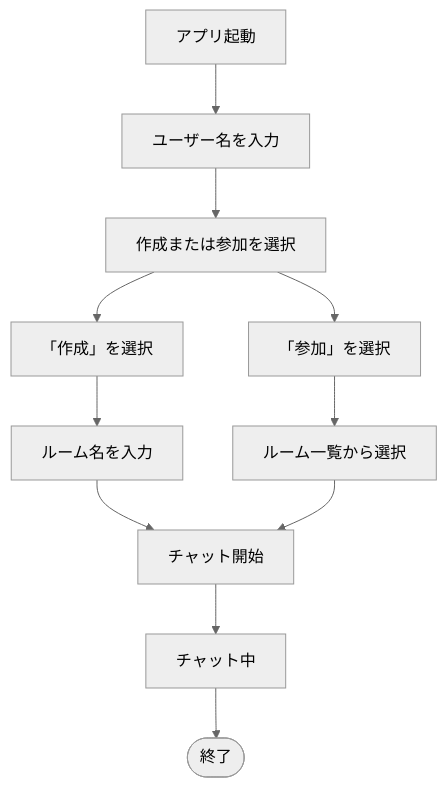
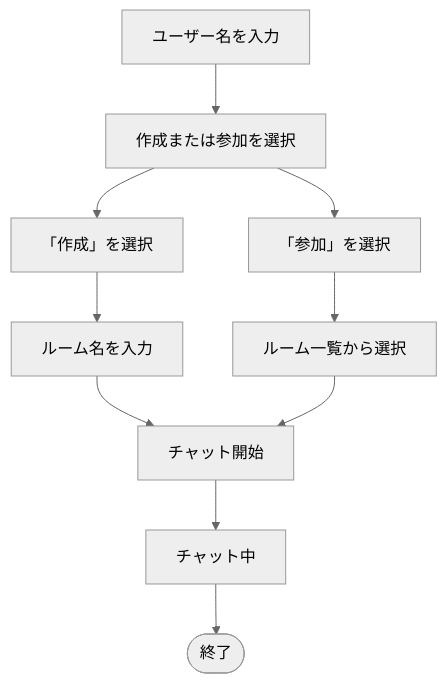
Before and after one commit to BackendExplorer/Tenshin: the first of 3 diagrams in README.md, drawn with Mermaid (neutral theme).

````diff
--- a/README.md
+++ b/README.md
@@ -1,24 +1,23 @@
 ```mermaid
 flowchart TD
-    起動[アプリ起動]
     入力[ユーザー名を入力]
     選択[作成または参加を選択]
 
     作成1[「作成」を選択]
     ルーム名入力[ルーム名を入力]
 
     参加2[「参加」を選択]
     ルーム一覧[ルーム一覧から選択]
 
     チャット開始[チャット開始]
     チャット中[チャット中]
     End([終了])
 
-    起動 --> 入力 --> 選択
+    入力 --> 選択
 
     選択 --> 作成1 --> ルーム名入力 --> チャット開始
     選択 --> 参加2 --> ルーム一覧 --> チャット開始
 
     チャット開始 --> チャット中 --> End
 
 ```
````
